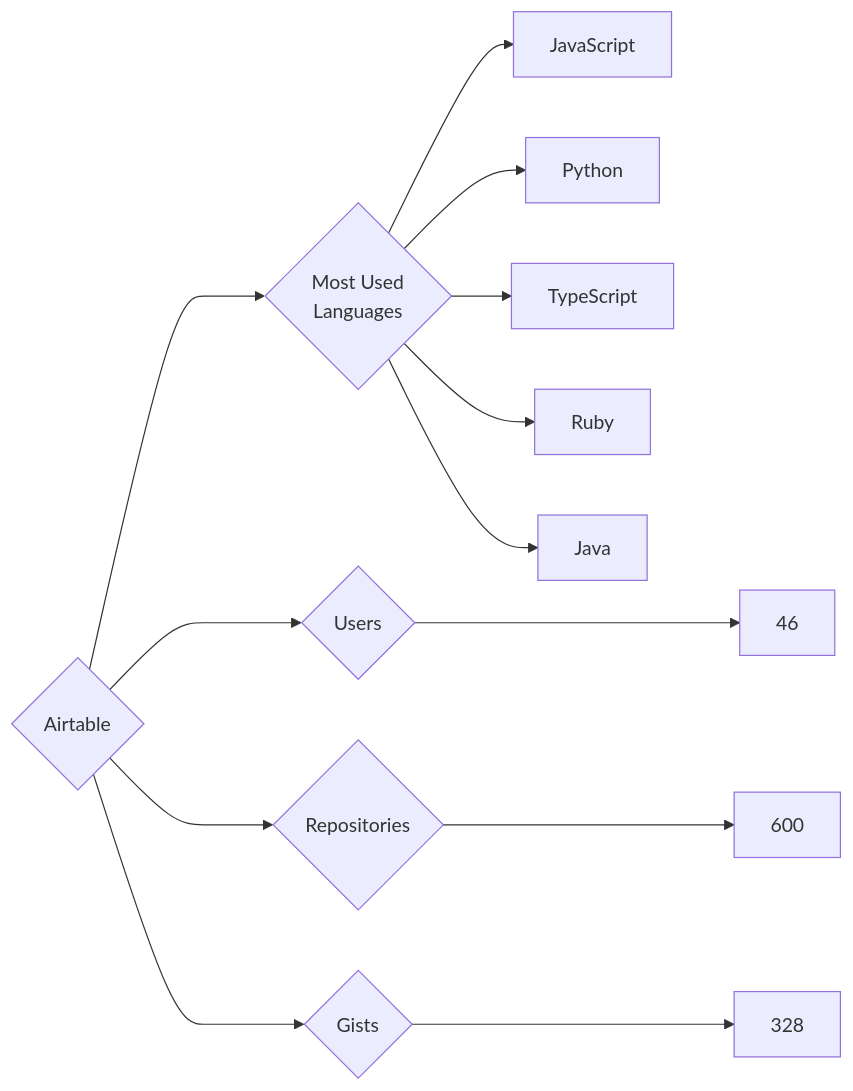
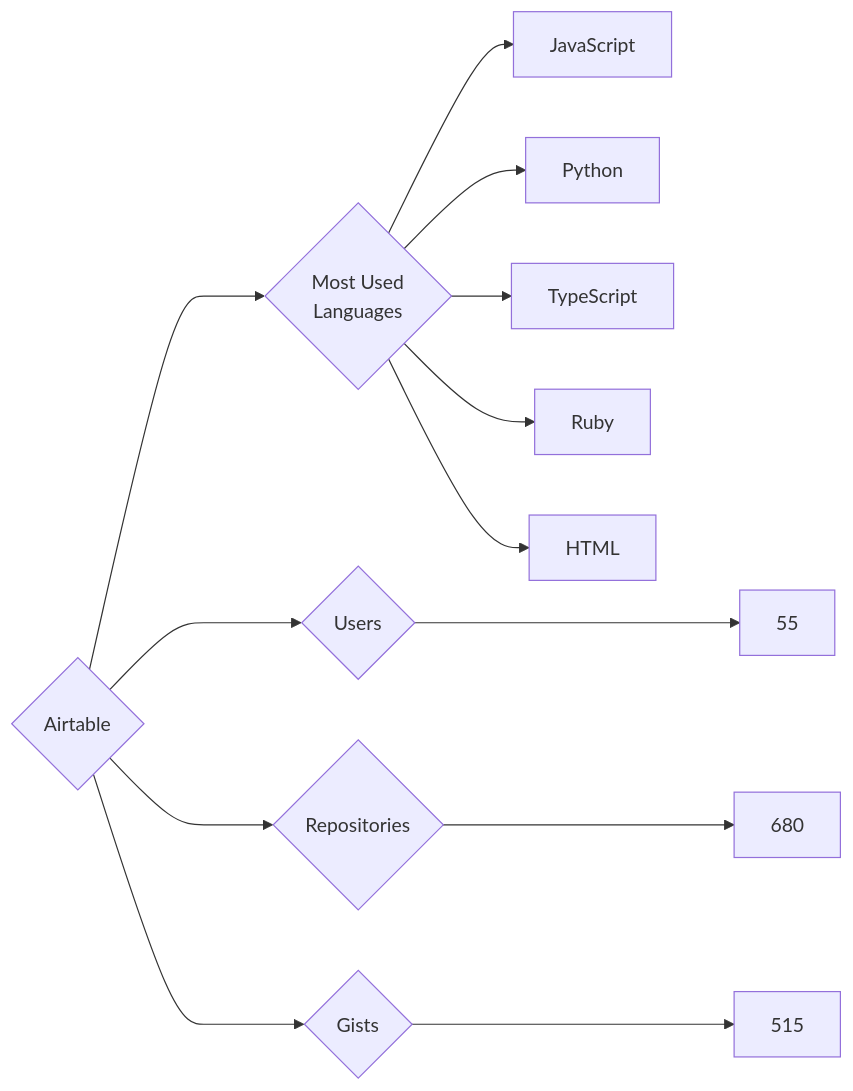
One commit to trickest/insiders changed the diagram in targets/Airtable/README.md. Above: the diagram before and after it, drawn with Mermaid. The commit also changed 823 other files, not shown here.

````diff
--- a/targets/Airtable/README.md
+++ b/targets/Airtable/README.md
@@ -3,13 +3,13 @@
 ```mermaid
 graph LR
 COMPANY_NAME{Airtable}
-COMPANY_NAME ---> U{Users} ---> UN[46]
-COMPANY_NAME ---> R{Repositories} ---> RN[600]
-COMPANY_NAME ---> G{Gists} ---> GN[328]
+COMPANY_NAME ---> U{Users} ---> UN[55]
+COMPANY_NAME ---> R{Repositories} ---> RN[680]
+COMPANY_NAME ---> G{Gists} ---> GN[515]
 COMPANY_NAME ---> ML{Most Used<br>Languages}
 ML --> JavaScript[JavaScript]
 ML --> Python[Python]
 ML --> TypeScript[TypeScript]
 ML --> Ruby[Ruby]
-ML --> Java[Java]
+ML --> HTML[HTML]
 ```
````
